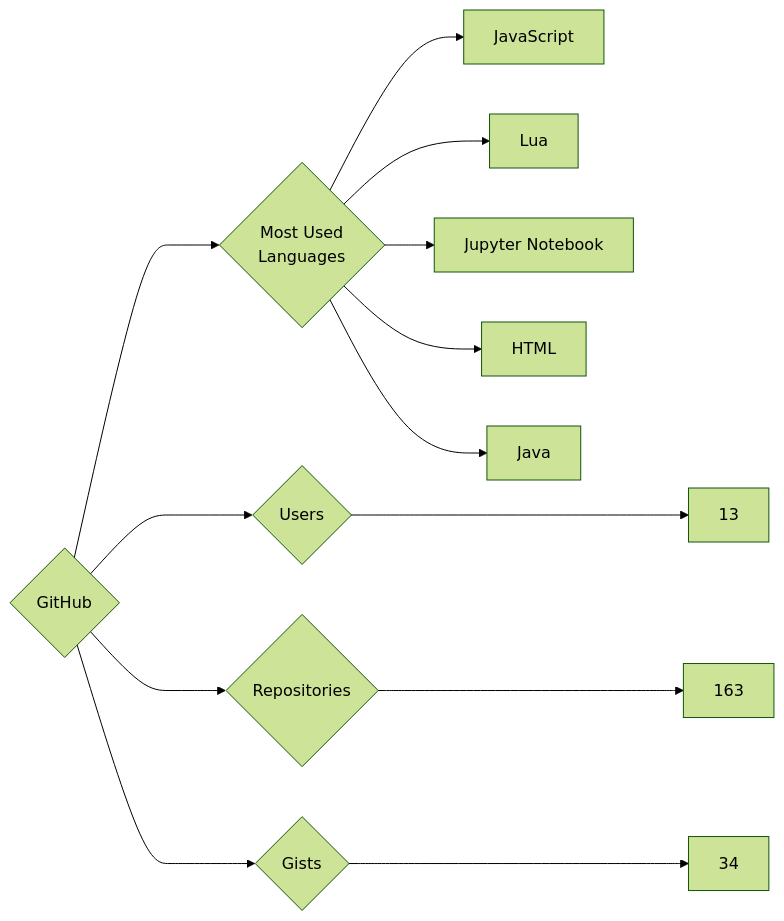
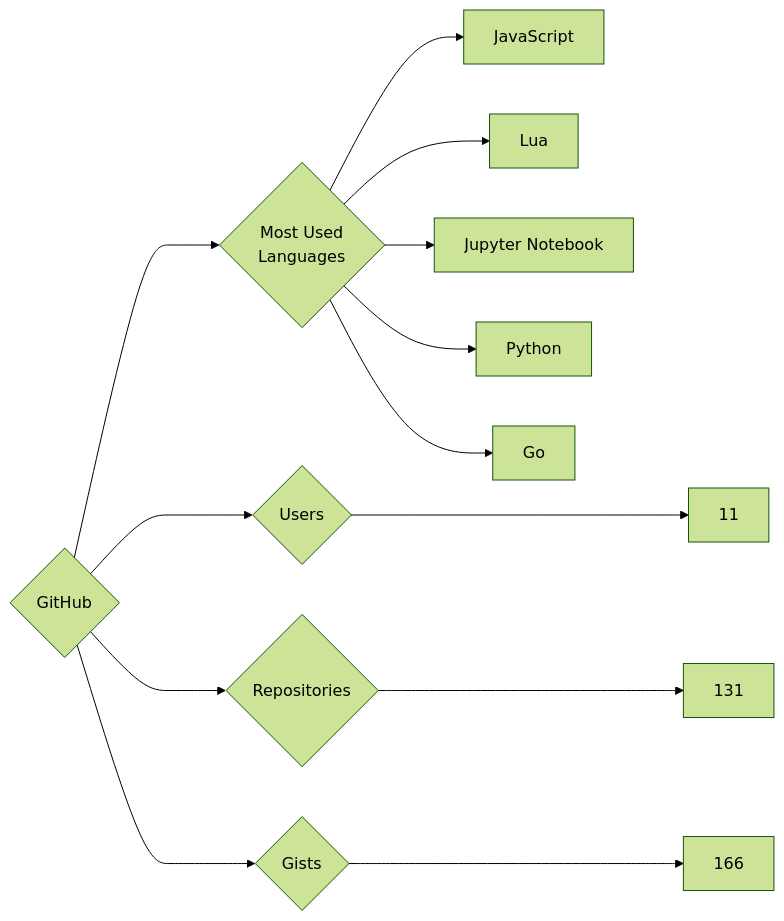
The diagram in targets/GitHub/README.md (trickest/insiders), drawn with Mermaid (forest theme) before and after one commit. The commit also changed 1148 other files, not shown here.

````diff
--- a/targets/GitHub/README.md
+++ b/targets/GitHub/README.md
@@ -3,13 +3,13 @@
 ```mermaid
 graph LR
 COMPANY_NAME{GitHub}
-COMPANY_NAME ---> U{Users} ---> UN[13]
-COMPANY_NAME ---> R{Repositories} ---> RN[163]
-COMPANY_NAME ---> G{Gists} ---> GN[34]
+COMPANY_NAME ---> U{Users} ---> UN[11]
+COMPANY_NAME ---> R{Repositories} ---> RN[131]
+COMPANY_NAME ---> G{Gists} ---> GN[166]
 COMPANY_NAME ---> ML{Most Used<br>Languages}
 ML --> JavaScript[JavaScript]
 ML --> Lua[Lua]
 ML --> Jupyter_Notebook[Jupyter Notebook]
-ML --> HTML[HTML]
-ML --> Java[Java]
+ML --> Python[Python]
+ML --> Go[Go]
 ```
````
